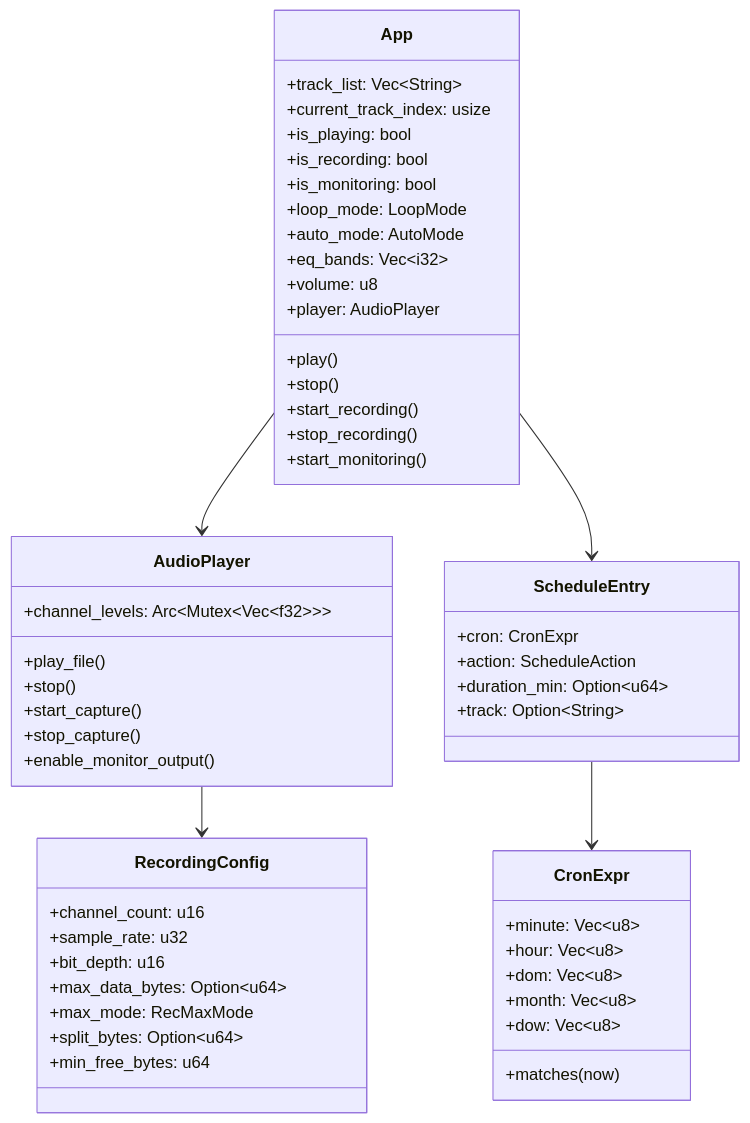
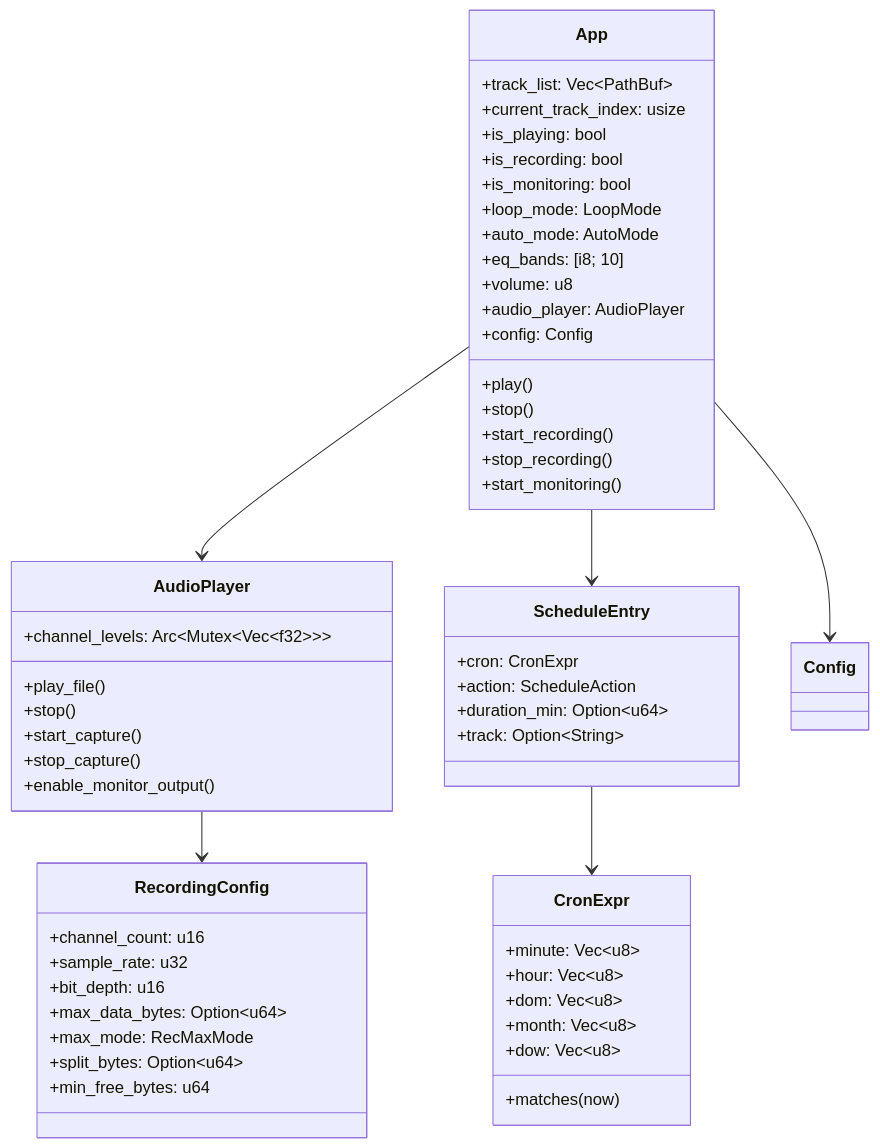
Before and after one commit to jesse-stewart/octotrack: the sixth of 6 diagrams in docs/architecture.md, drawn with Mermaid. The commit also changed other lines of this file and 20 other files, not shown here.

````diff
--- a/docs/architecture.md
+++ b/docs/architecture.md
@@ -131,60 +142,62 @@
 ```mermaid
 classDiagram
     class App {
-        +track_list: Vec~String~
+        +track_list: Vec~PathBuf~
         +current_track_index: usize
         +is_playing: bool
         +is_recording: bool
         +is_monitoring: bool
         +loop_mode: LoopMode
         +auto_mode: AutoMode
-        +eq_bands: Vec~i32~
+        +eq_bands: [i8; 10]
         +volume: u8
-        +player: AudioPlayer
+        +audio_player: AudioPlayer
+        +config: Config
         +play()
         +stop()
         +start_recording()
         +stop_recording()
         +start_monitoring()
     }
 
     class AudioPlayer {
         +channel_levels: Arc~Mutex~Vec~f32~~~
         +play_file()
         +stop()
         +start_capture()
         +stop_capture()
         +enable_monitor_output()
     }
 
     class ScheduleEntry {
         +cron: CronExpr
         +action: ScheduleAction
         +duration_min: Option~u64~
         +track: Option~String~
     }
 
     class CronExpr {
         +minute: Vec~u8~
         +hour: Vec~u8~
         +dom: Vec~u8~
         +month: Vec~u8~
         +dow: Vec~u8~
         +matches(now)
     }
 
     class RecordingConfig {
         +channel_count: u16
         +sample_rate: u32
         +bit_depth: u16
         +max_data_bytes: Option~u64~
         +max_mode: RecMaxMode
         +split_bytes: Option~u64~
         +min_free_bytes: u64
     }
 
     App --> AudioPlayer
+    App --> Config
     App --> ScheduleEntry
     AudioPlayer --> RecordingConfig
     ScheduleEntry --> CronExpr
 ```
````
